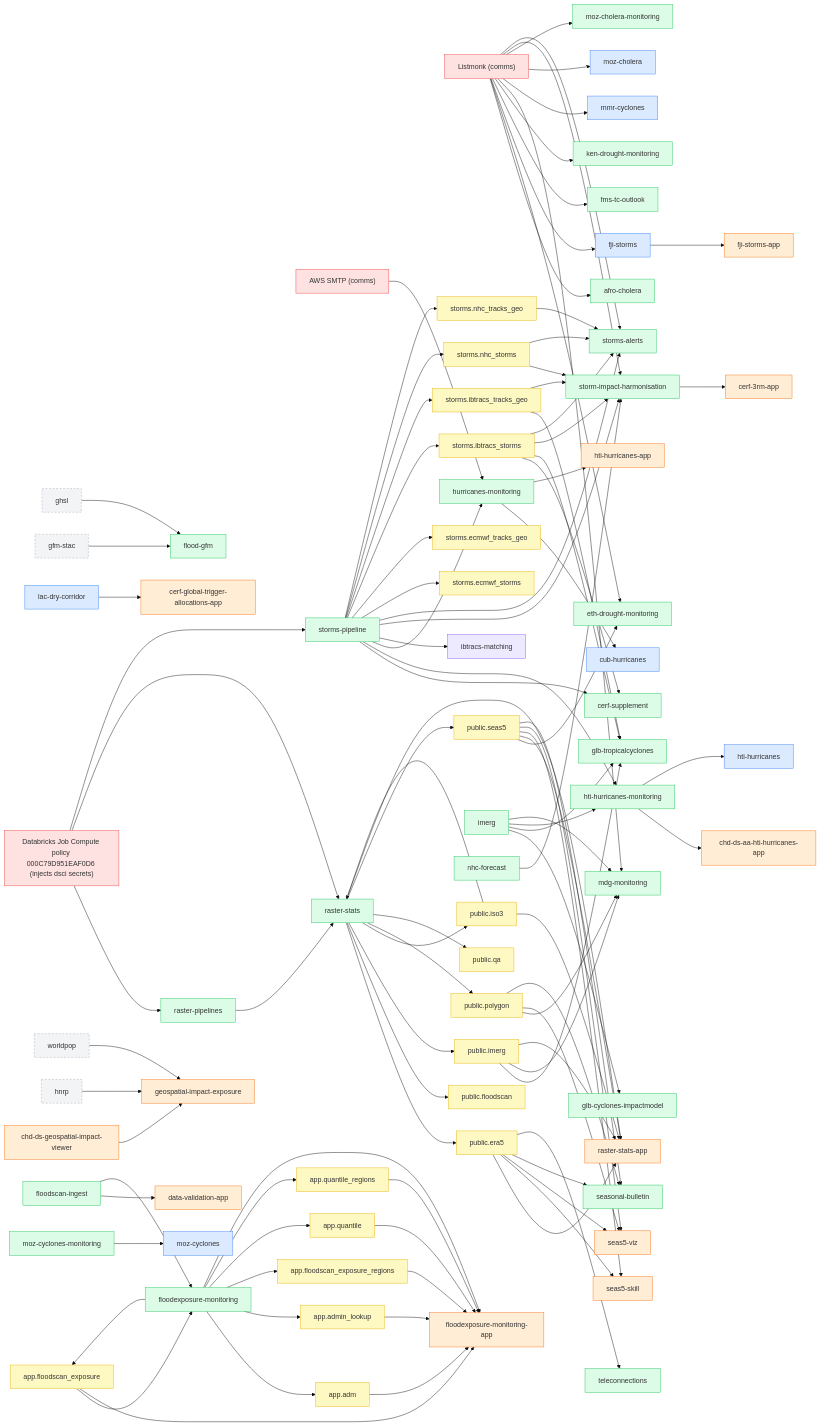
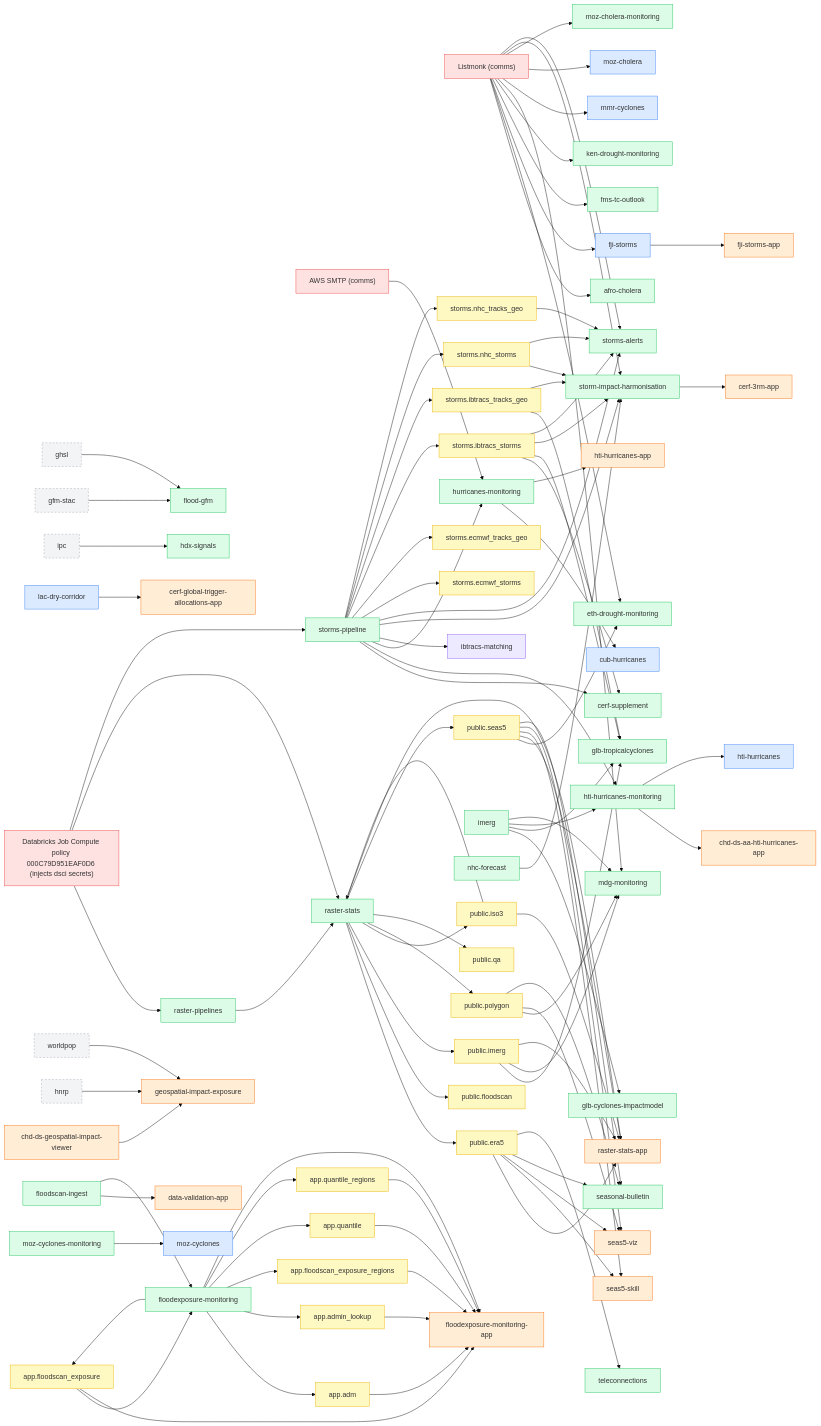
The diagram in infrastructure/dependency-graph.md (OCHA-DAP/ds-knowledge-base), drawn with Mermaid (base theme) before and after one commit. The commit also changed other lines of this file and 4 other files, not shown here.

Commit message:
chore: refresh DB schema snapshot + dependency graph [skip ci]

````diff
--- a/infrastructure/dependency-graph.md
+++ b/infrastructure/dependency-graph.md
@@ -57,6 +58,7 @@
   n_gfm_stac["gfm-stac"]
   n_ghsl["ghsl"]
   n_hnrp["hnrp"]
+  n_ipc["ipc"]
   n_worldpop["worldpop"]
   n_app_adm["app.adm"]
   n_app_admin_lookup["app.admin_lookup"]
@@ -86,6 +88,7 @@
   n_fms_tc_outlook["fms-tc-outlook"]
   n_glb_cyclones_impactmodel["glb-cyclones-impactmodel"]
   n_glb_tropicalcyclones["glb-tropicalcyclones"]
+  n_hdx_signals["hdx-signals"]
   n_hti_hurricanes_monitoring["hti-hurricanes-monitoring"]
   n_hurricanes_monitoring["hurricanes-monitoring"]
   n_imerg["imerg"]
@@ -159,6 +162,7 @@
   n_public_imerg --> n_glb_tropicalcyclones
   n_storms_ibtracs_storms --> n_glb_tropicalcyclones
   n_storms_ibtracs_tracks_geo --> n_glb_tropicalcyclones
+  n_ipc --> n_hdx_signals
   n_hti_hurricanes_monitoring --> n_hti_hurricanes
   n_hurricanes_monitoring --> n_hti_hurricanes_app
   n_imerg --> n_hti_hurricanes_monitoring
@@ -225,11 +229,11 @@
   classDef analysis fill:#ede9fe,stroke:#8b5cf6;
   classDef table fill:#fef9c3,stroke:#eab308;
   classDef external fill:#f3f4f6,stroke:#9ca3af,stroke-dasharray:4;
-  class n_lac_dry_corridor,n_cub_hurricanes,n_hti_hurricanes,n_fji_storms,n_mmr_cyclones,n_moz_cyclones,n_moz_cholera framework;
-  class n_eth_drought_monitoring,n_storm_impact_harmonisation,n_glb_tropicalcyclones,n_nhc_forecast,n_seasonal_bulletin,n_storms_pipeline,n_glb_cyclones_impactmodel,n_moz_cyclones_monitoring,n_imerg,n_floodscan_ingest,n_ken_drought_monitoring,n_moz_cholera_monitoring,n_raster_pipelines,n_cerf_supplement,n_hti_hurricanes_monitoring,n_mdg_monitoring,n_storms_alerts,n_afro_cholera,n_floodexposure_monitoring,n_teleconnections,n_hurricanes_monitoring,n_flood_gfm,n_raster_stats,n_fms_tc_outlook pipeline;
-  class n_cerf_3rm_app,n_fji_storms_app,n_cerf_global_trigger_allocations_app,n_chd_ds_aa_hti_hurricanes_app,n_seas5_viz,n_floodexposure_monitoring_app,n_hti_hurricanes_app,n_chd_ds_geospatial_impact_viewer,n_geospatial_impact_exposure,n_raster_stats_app,n_seas5_skill,n_data_validation_app app;
+  class n_fji_storms,n_mmr_cyclones,n_lac_dry_corridor,n_hti_hurricanes,n_cub_hurricanes,n_moz_cyclones,n_moz_cholera framework;
+  class n_imerg,n_mdg_monitoring,n_flood_gfm,n_storms_pipeline,n_ken_drought_monitoring,n_floodexposure_monitoring,n_glb_tropicalcyclones,n_moz_cholera_monitoring,n_teleconnections,n_glb_cyclones_impactmodel,n_hurricanes_monitoring,n_nhc_forecast,n_raster_pipelines,n_hdx_signals,n_moz_cyclones_monitoring,n_fms_tc_outlook,n_hti_hurricanes_monitoring,n_raster_stats,n_afro_cholera,n_seasonal_bulletin,n_floodscan_ingest,n_cerf_supplement,n_eth_drought_monitoring,n_storms_alerts,n_storm_impact_harmonisation pipeline;
+  class n_data_validation_app,n_floodexposure_monitoring_app,n_raster_stats_app,n_geospatial_impact_exposure,n_fji_storms_app,n_cerf_3rm_app,n_seas5_viz,n_cerf_global_trigger_allocations_app,n_chd_ds_aa_hti_hurricanes_app,n_chd_ds_geospatial_impact_viewer,n_seas5_skill,n_hti_hurricanes_app app;
   class n_ibtracs_matching analysis;
-  class n_public_seas5,n_app_floodscan_exposure,n_app_admin_lookup,n_public_polygon,n_storms_nhc_tracks_geo,n_app_adm,n_app_quantile,n_public_imerg,n_storms_ibtracs_storms,n_storms_nhc_storms,n_storms_ibtracs_tracks_geo,n_storms_ecmwf_tracks_geo,n_public_era5,n_public_iso3,n_storms_ecmwf_storms,n_app_floodscan_exposure_regions,n_public_qa,n_public_floodscan,n_app_quantile_regions table;
-  class n_dbx_job_compute,n_listmonk,n_aws_smtp infra;
-  class n_gfm_stac,n_hnrp,n_ghsl,n_worldpop external;
+  class n_storms_ecmwf_storms,n_app_floodscan_exposure_regions,n_public_floodscan,n_storms_ibtracs_storms,n_storms_ibtracs_tracks_geo,n_storms_nhc_storms,n_app_admin_lookup,n_public_qa,n_app_floodscan_exposure,n_storms_nhc_tracks_geo,n_public_polygon,n_public_era5,n_storms_ecmwf_tracks_geo,n_public_imerg,n_public_seas5,n_app_quantile_regions,n_public_iso3,n_app_adm,n_app_quantile table;
+  class n_aws_smtp,n_listmonk,n_dbx_job_compute infra;
+  class n_hnrp,n_gfm_stac,n_worldpop,n_ipc,n_ghsl external;
 ```
````
